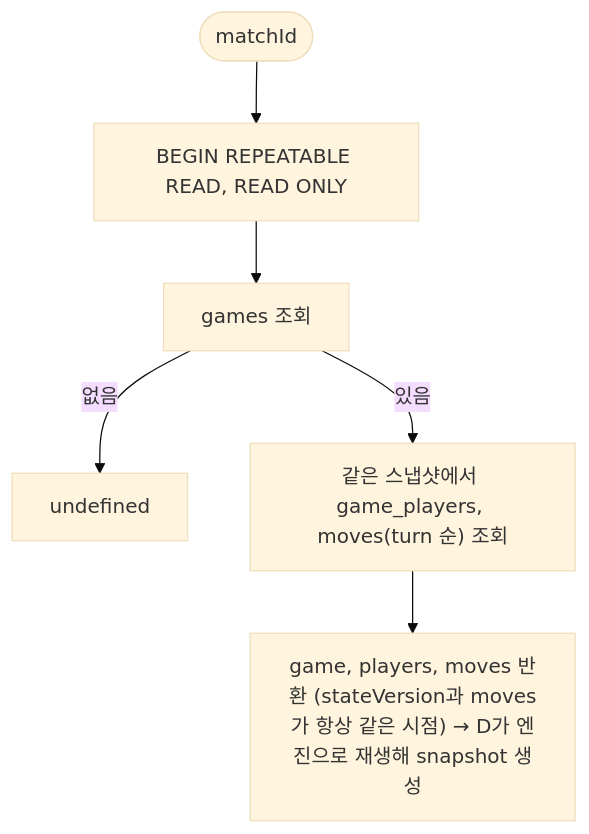
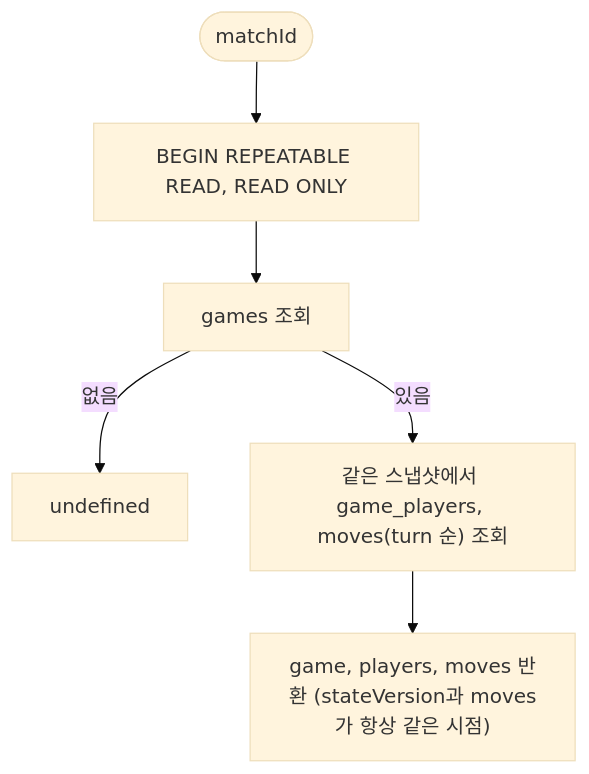
One commit to EscapeFromGyeongsan/ft_transcendence changed diagram 42 of 49 in Document/SDS.md. Above: the diagram before and after it, drawn with Mermaid (base theme). The commit also changed other lines of this file and 5 other files, not shown here.

Commit message:
feat(server): use shared game contracts and add getSnapshot

````diff
--- a/Document/SDS.md
+++ b/Document/SDS.md
@@ -1521,7 +1521,7 @@
 ```mermaid
 flowchart TD
     S([matchId]) --> T["BEGIN REPEATABLE READ, READ ONLY"] --> G[games 조회]
     G -->|없음| U[undefined]
     G -->|있음| P["같은 스냅샷에서 game_players, moves(turn 순) 조회"]
-    P --> R["game, players, moves 반환 (stateVersion과 moves가 항상 같은 시점) → D가 엔진으로 재생해 snapshot 생성"]
+    P --> R["game, players, moves 반환 (stateVersion과 moves가 항상 같은 시점)"]
 ```
````
